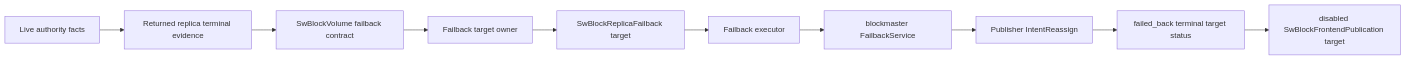
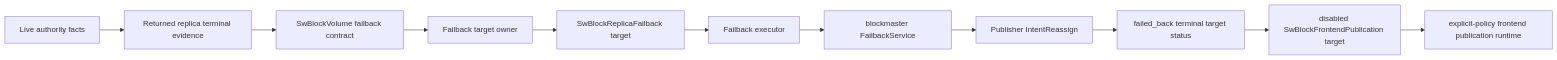
Before and after one commit to seaweedfs/seaweed-block: the second of 2 diagrams in docs/wiki/phase-map.md, drawn with Mermaid. The commit also changed other lines of this file and 17 other files, not shown here.

Commit message:
phase97: wire frontend publication executor callsite

````diff
--- a/docs/wiki/phase-map.md
+++ b/docs/wiki/phase-map.md
@@ -79,12 +79,13 @@
 ```mermaid
 flowchart LR
   A[Live authority facts] --> B[Returned replica terminal evidence]
   B --> C[SwBlockVolume failback contract]
   C --> D[Failback target owner]
   D --> E[SwBlockReplicaFailback target]
   E --> F[Failback executor]
   F --> G[blockmaster FailbackService]
   G --> H[Publisher IntentReassign]
   H --> I[failed_back terminal target status]
   I --> J[disabled SwBlockFrontendPublication target]
+  J --> K[explicit-policy frontend publication runtime]
 ```
````
